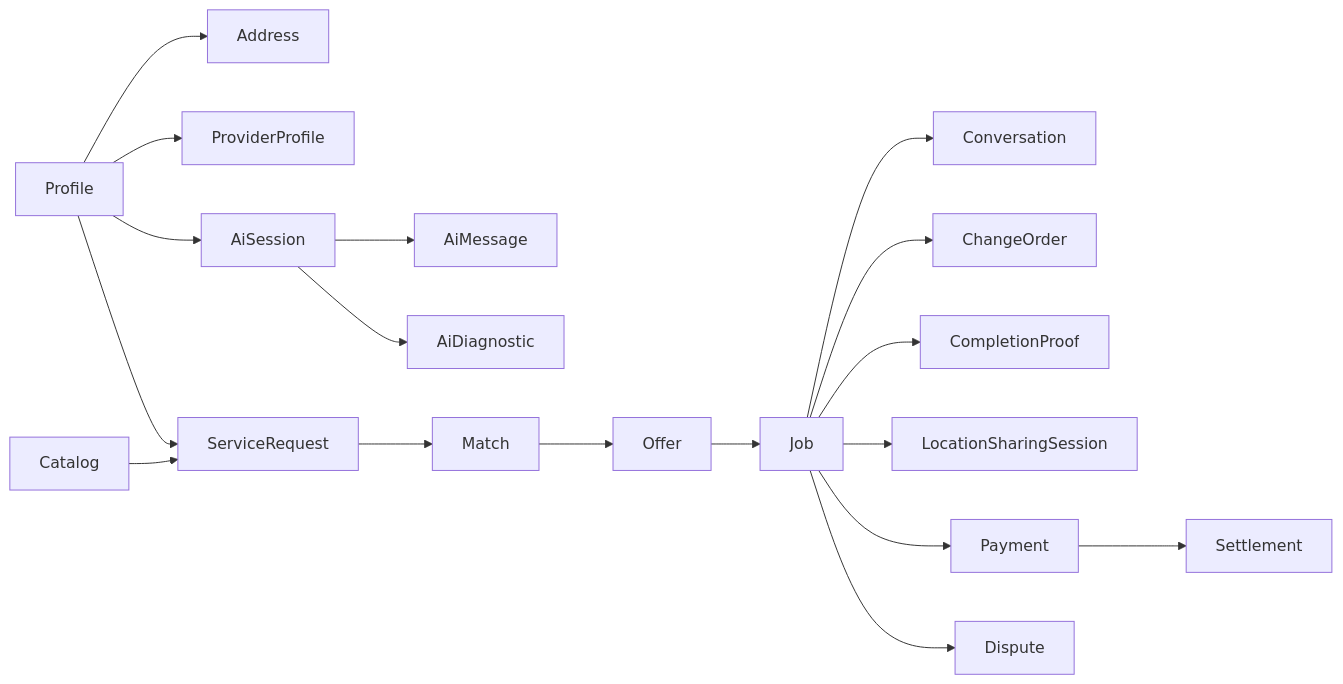
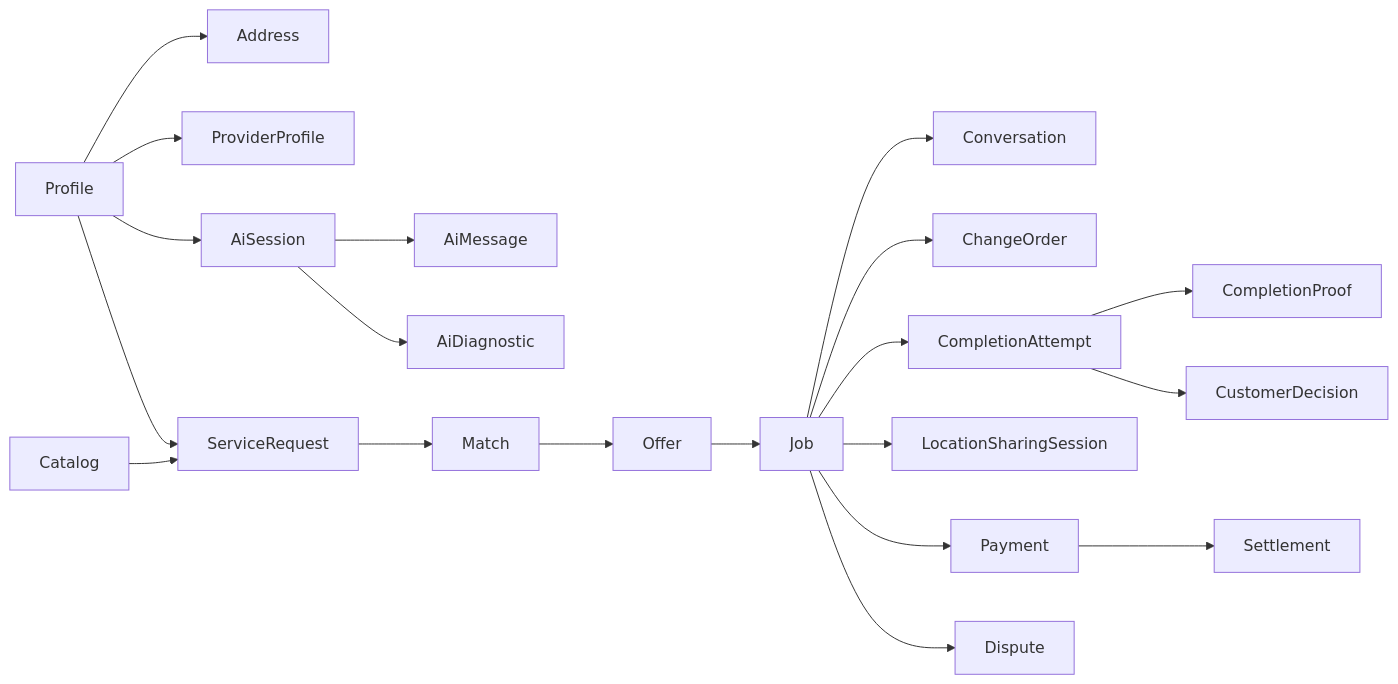
The first of 3 diagrams in docs/architecture/DATA_MODEL.md (mohmammed0/Mohammed-Sallah-app), drawn with Mermaid before and after one commit. The commit also changed other lines of this file and 23 other files, not shown here.

````diff
--- a/docs/architecture/DATA_MODEL.md
+++ b/docs/architecture/DATA_MODEL.md
@@ -5,20 +5,22 @@
 ```mermaid
 flowchart LR
   Profile --> Address
   Profile --> ProviderProfile
   Profile --> ServiceRequest
   Profile --> AiSession
   AiSession --> AiMessage
   AiSession --> AiDiagnostic
   Catalog --> ServiceRequest
   ServiceRequest --> Match
   Match --> Offer
   Offer --> Job
   Job --> Conversation
   Job --> ChangeOrder
-  Job --> CompletionProof
+  Job --> CompletionAttempt
+  CompletionAttempt --> CompletionProof
+  CompletionAttempt --> CustomerDecision
   Job --> LocationSharingSession
   Job --> Payment
   Payment --> Settlement
   Job --> Dispute
 ```
````
